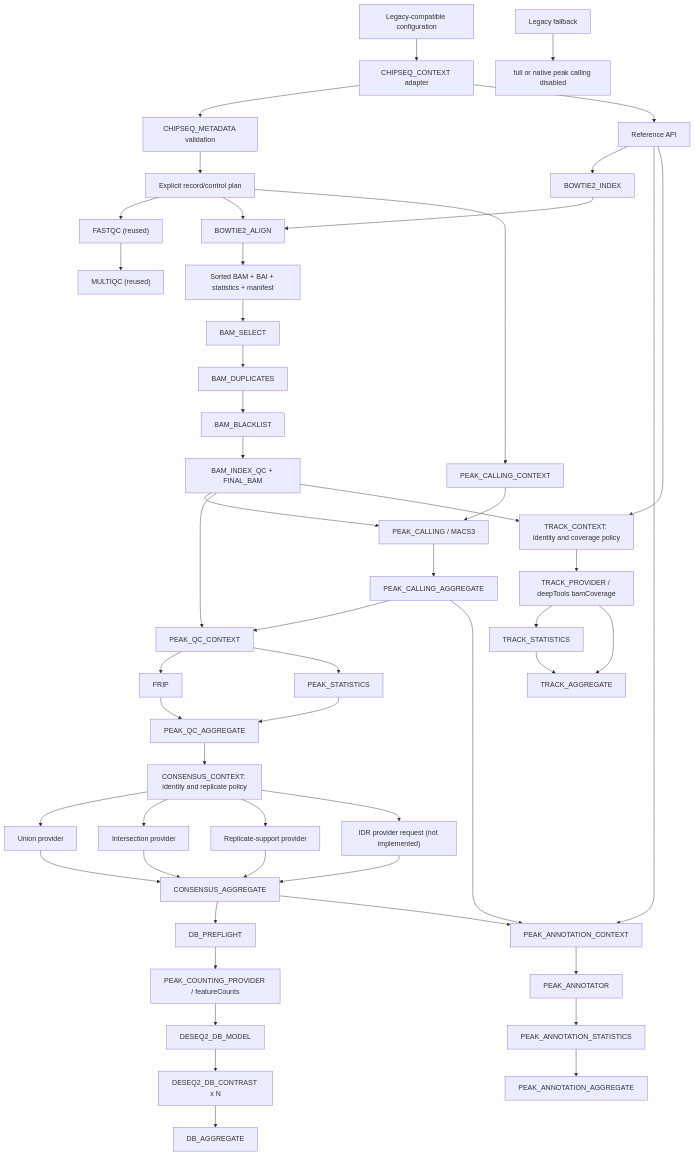
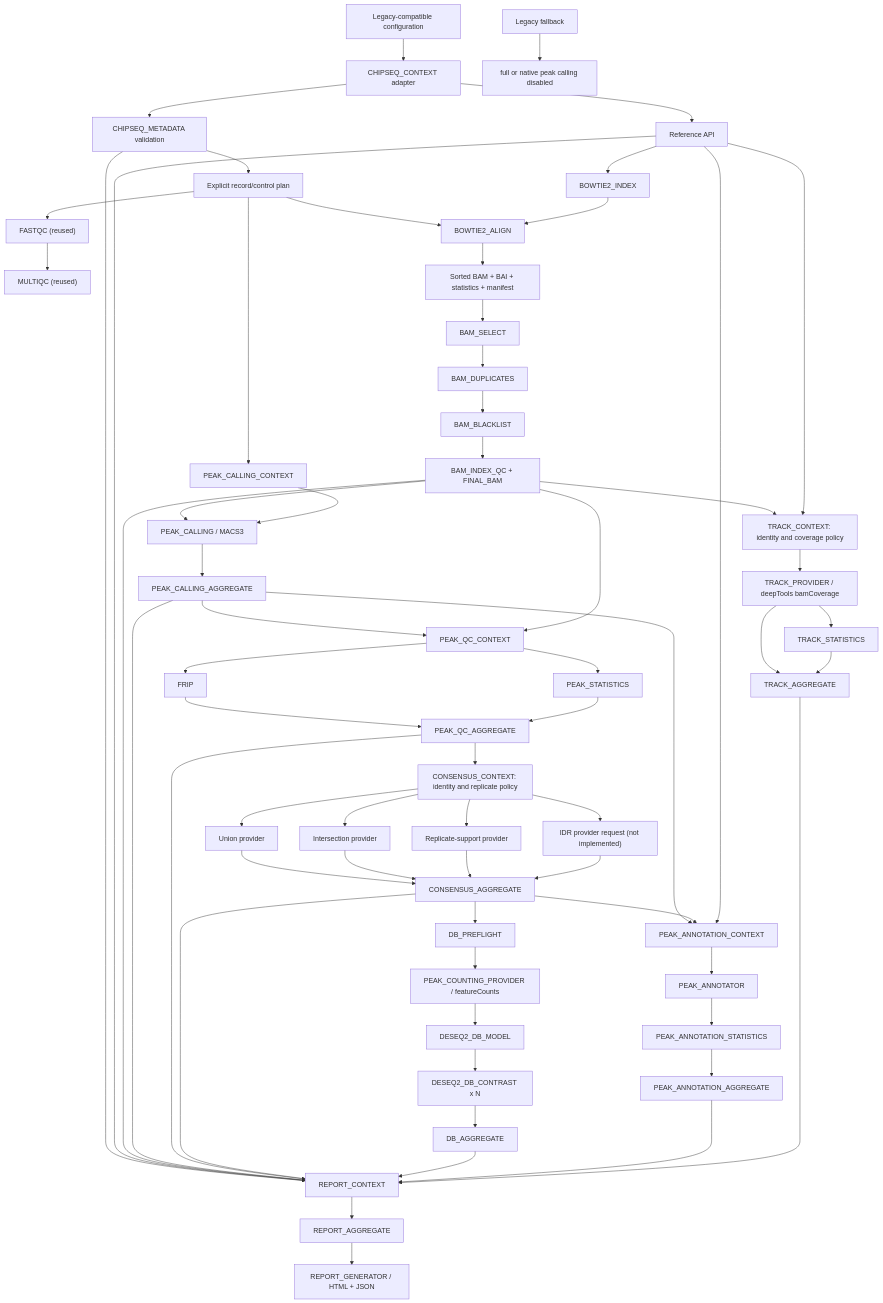
The diagram in docs/chipseq-architecture.md (GMiguelAlves/HelixForge), drawn with Mermaid before and after one commit. The commit also changed other lines of this file and 6 other files, not shown here.

````diff
--- a/docs/chipseq-architecture.md
+++ b/docs/chipseq-architecture.md
@@ -7,58 +7,70 @@
 ```mermaid
 flowchart TD
     CFG["Legacy-compatible configuration"] --> CTX["CHIPSEQ_CONTEXT adapter"]
     CTX --> META["CHIPSEQ_METADATA validation"]
     META --> PLAN["Explicit record/control plan"]
     PLAN --> FQ["FASTQC (reused)"]
     FQ --> MQ["MULTIQC (reused)"]
     CTX --> REF["Reference API"]
     REF --> BI["BOWTIE2_INDEX"]
     PLAN --> BA["BOWTIE2_ALIGN"]
     BI --> BA
     BA --> BAM["Sorted BAM + BAI + statistics + manifest"]
 
     BAM --> SEL["BAM_SELECT"]
     SEL --> DUP["BAM_DUPLICATES"]
     DUP --> BL["BAM_BLACKLIST"]
     BL --> FINAL["BAM_INDEX_QC + FINAL_BAM"]
     PLAN --> PCTX["PEAK_CALLING_CONTEXT"]
     FINAL --> PC["PEAK_CALLING / MACS3"]
     PCTX --> PC
     PC --> PAGG["PEAK_CALLING_AGGREGATE"]
     PAGG --> PQC["PEAK_QC_CONTEXT"]
     FINAL --> PQC
     PQC --> FRIP["FRIP"]
     PQC --> PSTAT["PEAK_STATISTICS"]
     FRIP --> QAGG["PEAK_QC_AGGREGATE"]
     PSTAT --> QAGG
     QAGG --> CCTX["CONSENSUS_CONTEXT: identity and replicate policy"]
     CCTX --> UNION["Union provider"]
     CCTX --> INTER["Intersection provider"]
     CCTX --> SUPPORT["Replicate-support provider"]
     CCTX --> IDR["IDR provider request (not implemented)"]
     UNION --> CAGG["CONSENSUS_AGGREGATE"]
     INTER --> CAGG
     SUPPORT --> CAGG
     IDR --> CAGG
     CAGG --> DBP["DB_PREFLIGHT"]
     DBP --> COUNT["PEAK_COUNTING_PROVIDER / featureCounts"]
     COUNT --> DBM["DESEQ2_DB_MODEL"]
     DBM --> DBC["DESEQ2_DB_CONTRAST x N"]
     DBC --> DBA["DB_AGGREGATE"]
 
     PAGG --> ACTX["PEAK_ANNOTATION_CONTEXT"]
     CAGG --> ACTX
     REF --> ACTX
     ACTX --> ANNO["PEAK_ANNOTATOR"]
     ANNO --> ASTAT["PEAK_ANNOTATION_STATISTICS"]
     ASTAT --> AAGG["PEAK_ANNOTATION_AGGREGATE"]
 
     FINAL --> TCTX["TRACK_CONTEXT: identity and coverage policy"]
     REF --> TCTX
     TCTX --> TPROV["TRACK_PROVIDER / deepTools bamCoverage"]
     TPROV --> TSTAT["TRACK_STATISTICS"]
     TPROV --> TAGG["TRACK_AGGREGATE"]
     TSTAT --> TAGG
 
+    META --> RCTX["REPORT_CONTEXT"]
+    REF --> RCTX
+    FINAL --> RCTX
+    PAGG --> RCTX
+    QAGG --> RCTX
+    CAGG --> RCTX
+    DBA --> RCTX
+    AAGG --> RCTX
+    TAGG --> RCTX
+    RCTX --> RAGG["REPORT_AGGREGATE"]
+    RAGG --> RGEN["REPORT_GENERATOR / HTML + JSON"]
+
     LEG["Legacy fallback"] --> FULL["full or native peak calling disabled"]
 ```
````
